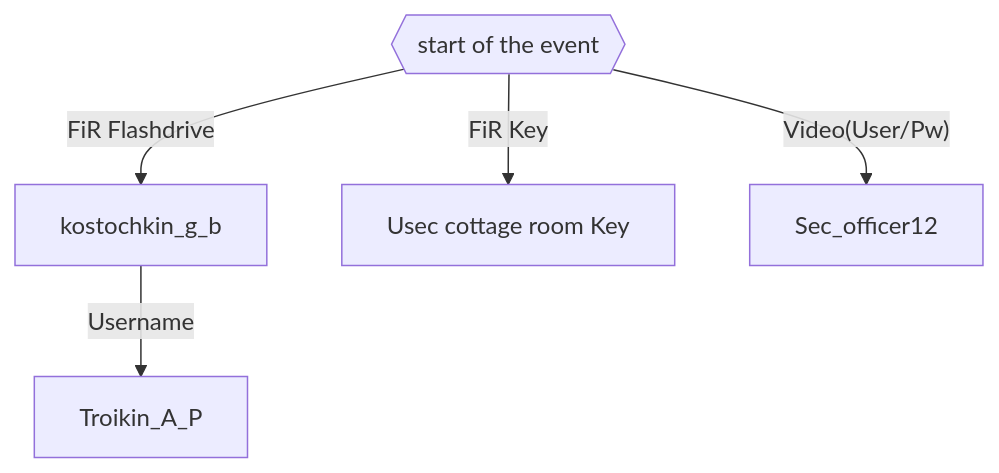
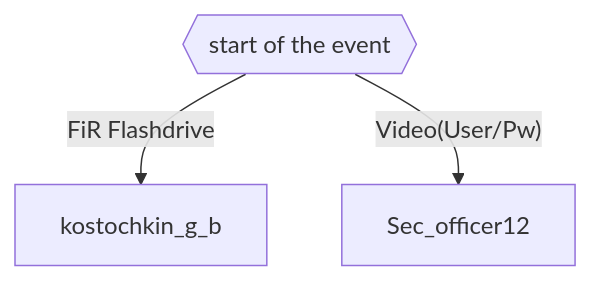
Before and after one commit to 3ncy/ARRS-s6: the diagram in README.md, drawn with Mermaid. The commit also changed other lines of this file, not shown here.

````diff
--- a/README.md
+++ b/README.md
@@ -10,7 +9,5 @@
 ```mermaid
 graph TD;
     start{{start of the event}} --FiR Flashdrive--> kostochkin_g_b;
-    start{{start of the event}} --FiR Key--> Key1[Usec cottage room Key];
     start{{start of the event}} --Video(User/Pw)--> Sec_officer12;
-    kostochkin_g_b --Username-->Troikin_A_P;
 ```
````
